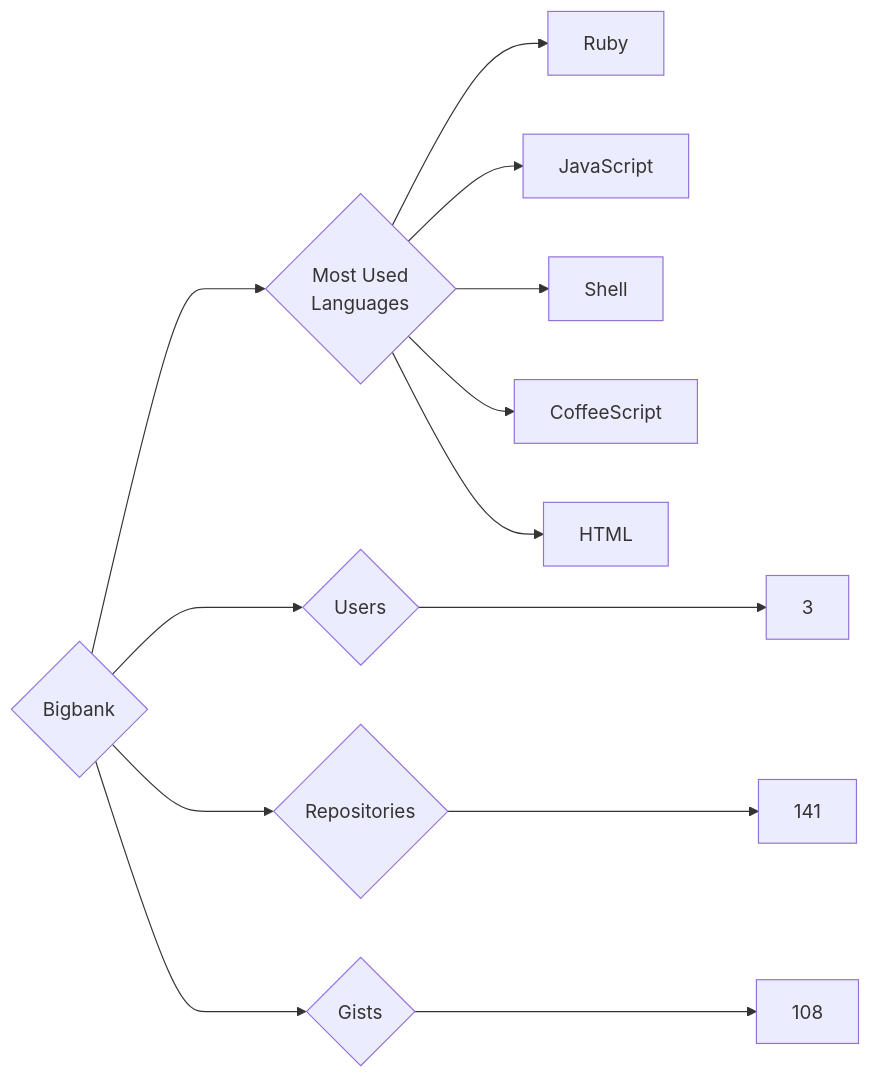
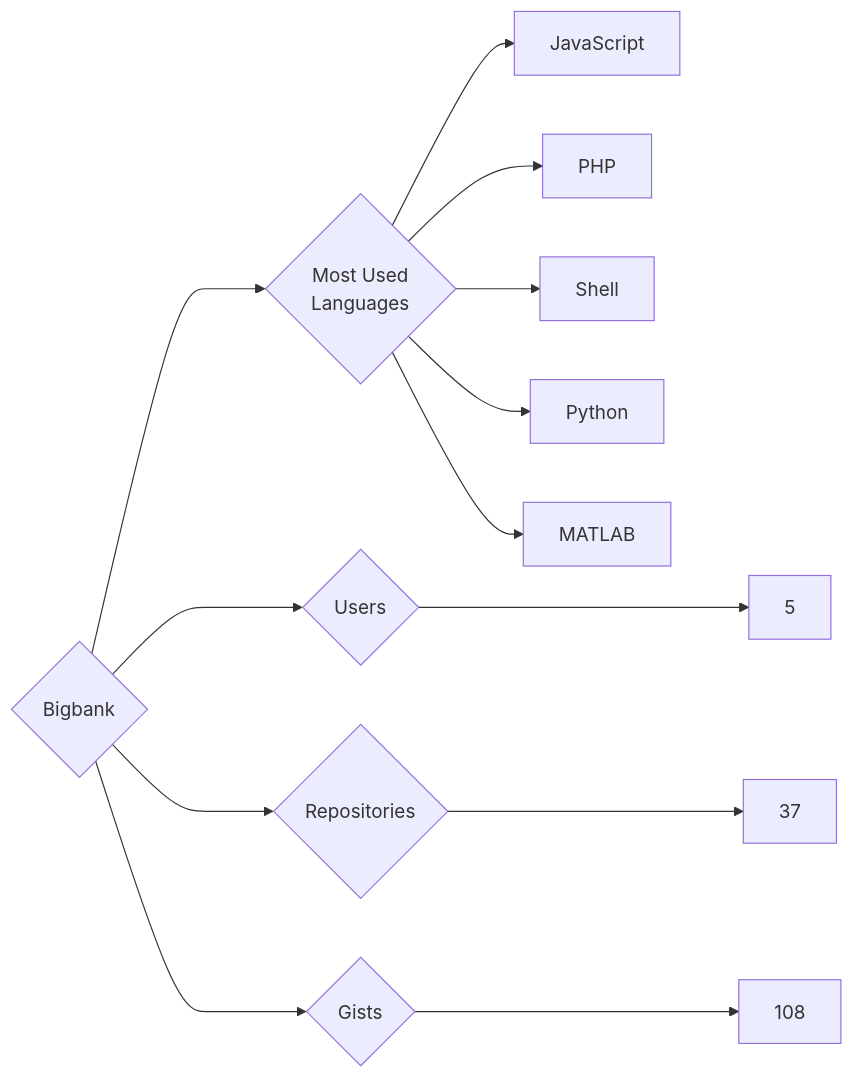
The diagram in targets/Bigbank/README.md (trickest/insiders), drawn with Mermaid before and after one commit. The commit also changed 714 other files, not shown here.

````diff
--- a/targets/Bigbank/README.md
+++ b/targets/Bigbank/README.md
@@ -3,13 +3,13 @@
 ```mermaid
 graph LR
 COMPANY_NAME{Bigbank}
-COMPANY_NAME ---> U{Users} ---> UN[3]
-COMPANY_NAME ---> R{Repositories} ---> RN[141]
+COMPANY_NAME ---> U{Users} ---> UN[5]
+COMPANY_NAME ---> R{Repositories} ---> RN[37]
 COMPANY_NAME ---> G{Gists} ---> GN[108]
 COMPANY_NAME ---> ML{Most Used<br>Languages}
-ML --> Ruby[Ruby]
 ML --> JavaScript[JavaScript]
+ML --> PHP[PHP]
 ML --> Shell[Shell]
-ML --> CoffeeScript[CoffeeScript]
-ML --> HTML[HTML]
+ML --> Python[Python]
+ML --> MATLAB[MATLAB]
 ```
````
